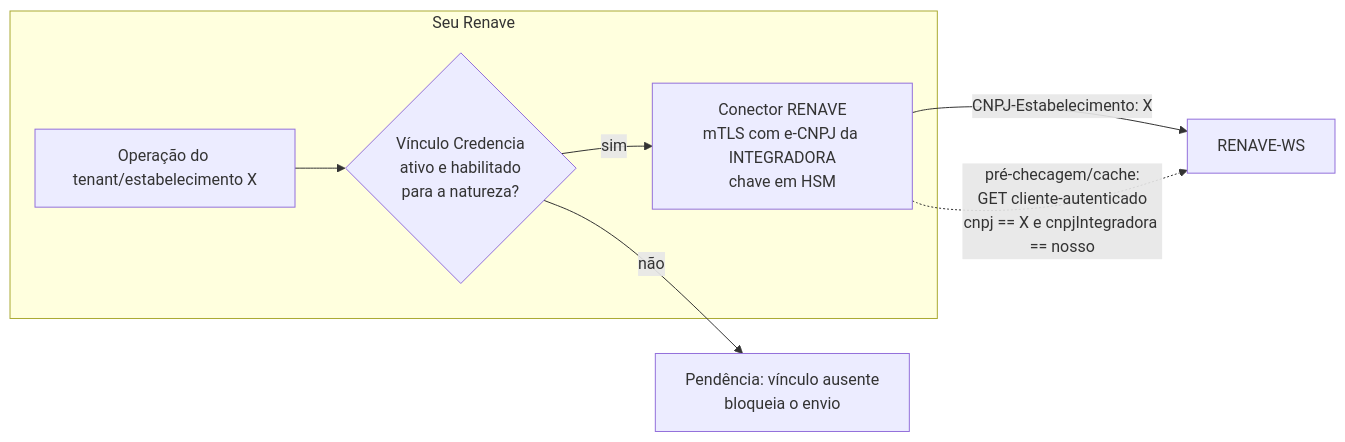
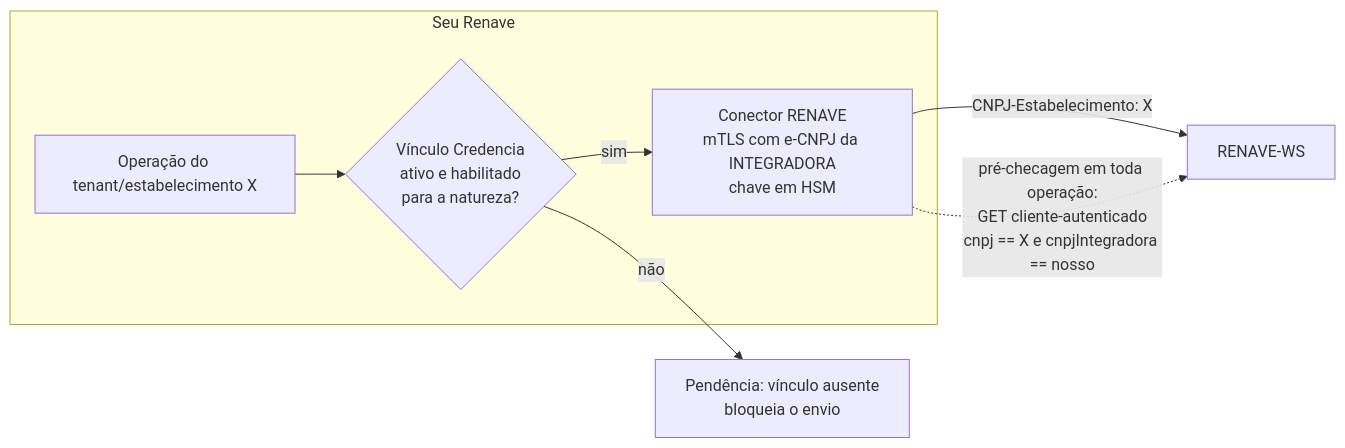
Before and after one commit to joaopaulomirandamatias/renave: the diagram in docs/14-integracao-serpro.md, drawn with Mermaid. The commit also changed other lines of this file and 267 other files, not shown here.

````diff
--- a/docs/14-integracao-serpro.md
+++ b/docs/14-integracao-serpro.md
@@ -28,13 +32,13 @@
 ```mermaid
 flowchart LR
   subgraph SR[Seu Renave]
     OP[Operação do tenant/estabelecimento X]
     VC{Vínculo Credencia<br/>ativo e habilitado<br/>para a natureza?}
     CX[Conector RENAVE<br/>mTLS com e-CNPJ da INTEGRADORA<br/>chave em HSM]
   end
   OP --> VC
   VC -- não --> P[Pendência: vínculo ausente<br/>bloqueia o envio]
   VC -- sim --> CX
   CX -- "CNPJ-Estabelecimento: X" --> R[RENAVE-WS]
-  CX -. "pré-checagem/cache:<br/>GET cliente-autenticado<br/>cnpj == X e cnpjIntegradora == nosso" .-> R
+  CX -. "pré-checagem em toda operação:<br/>GET cliente-autenticado<br/>cnpj == X e cnpjIntegradora == nosso" .-> R
 ```
````
